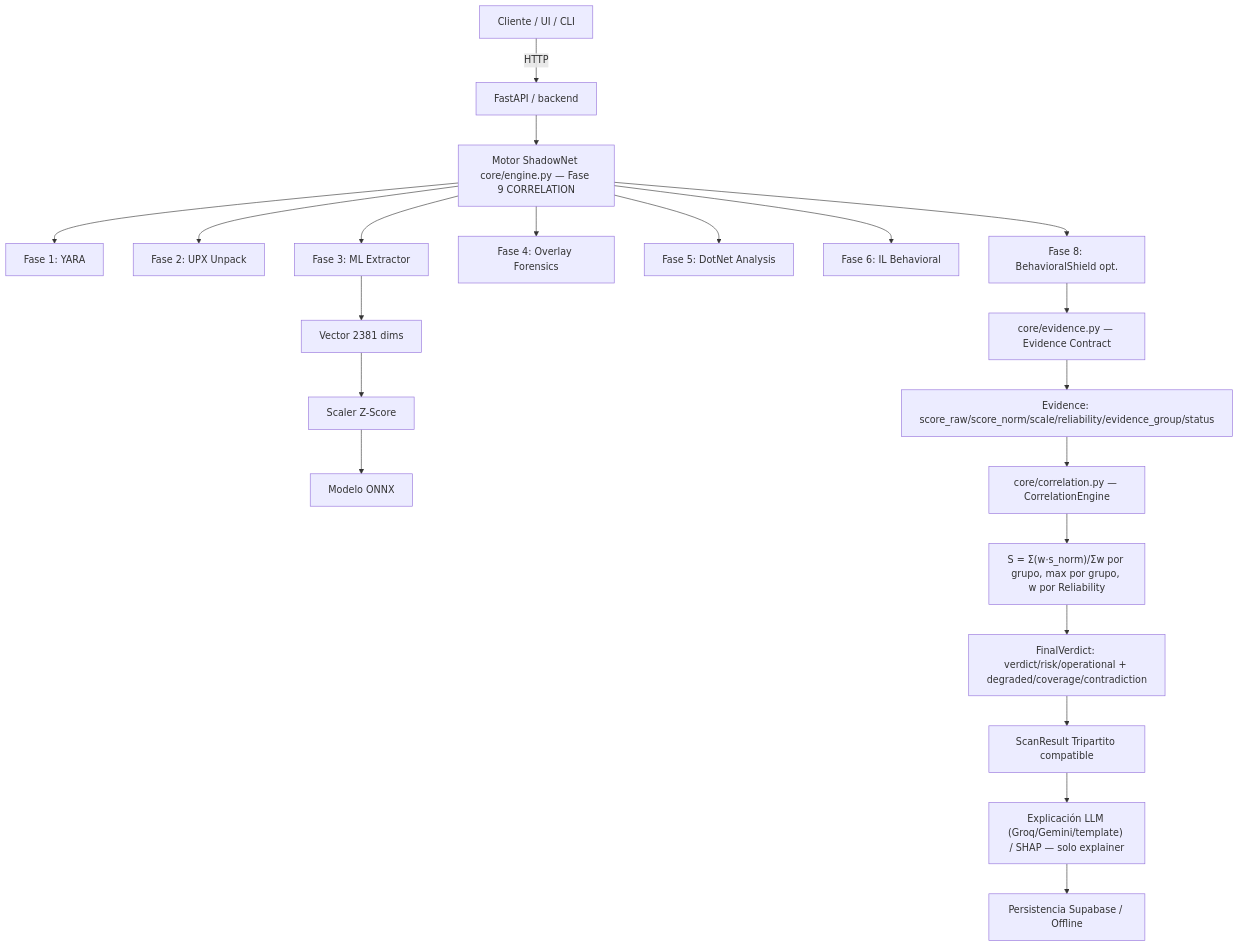
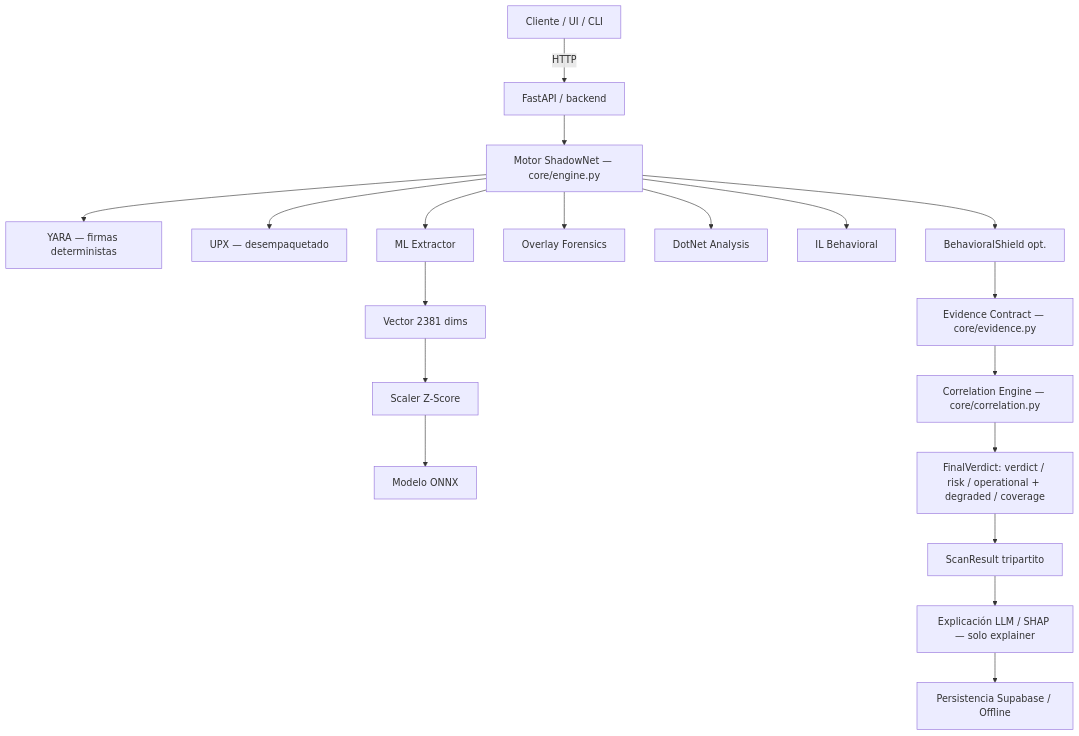
The diagram in readme.md (IVAINX18/Shadownet_Defender_Extractor_V1), drawn with Mermaid before and after one commit. The commit also changed other lines of this file, not shown here.

````diff
--- a/readme.md
+++ b/readme.md
@@ -126,23 +123,21 @@
 ```mermaid
 flowchart TD
   A[Cliente / UI / CLI] -->|HTTP| B[FastAPI / backend]
-  B --> C[Motor ShadowNet core/engine.py — Fase 9 CORRELATION]
-  C --> D[Fase 1: YARA]
-  C --> E[Fase 2: UPX Unpack]
-  C --> F[Fase 3: ML Extractor]
+  B --> C[Motor ShadowNet — core/engine.py]
+  C --> D[YARA — firmas deterministas]
+  C --> E[UPX — desempaquetado]
+  C --> F[ML Extractor]
   F --> F1[Vector 2381 dims]
   F1 --> F2[Scaler Z-Score]
   F2 --> F3[Modelo ONNX]
-  C --> G[Fase 4: Overlay Forensics]
-  C --> H[Fase 5: DotNet Analysis]
-  C --> I[Fase 6: IL Behavioral]
-  C --> J[Fase 8: BehavioralShield opt.]
-  J --> K[core/evidence.py — Evidence Contract]
-  K --> K1[Evidence: score_raw/score_norm/scale/reliability/evidence_group/status]
-  K1 --> L[core/correlation.py — CorrelationEngine]
-  L --> L1["S = Σ(w·s_norm)/Σw por grupo, max por grupo, w por Reliability"]
-  L1 --> M[FinalVerdict: verdict/risk/operational + degraded/coverage/contradiction]
-  M --> N[ScanResult Tripartito compatible]
-  N --> O["Explicación LLM (Groq/Gemini/template) / SHAP — solo explainer"]
+  C --> G[Overlay Forensics]
+  C --> H[DotNet Analysis]
+  C --> I[IL Behavioral]
+  C --> J[BehavioralShield opt.]
+  J --> K[Evidence Contract — core/evidence.py]
+  K --> L[Correlation Engine — core/correlation.py]
+  L --> M[FinalVerdict: verdict / risk / operational + degraded / coverage]
+  M --> N[ScanResult tripartito]
+  N --> O[Explicación LLM / SHAP — solo explainer]
   O --> P[Persistencia Supabase / Offline]
 ```
````
